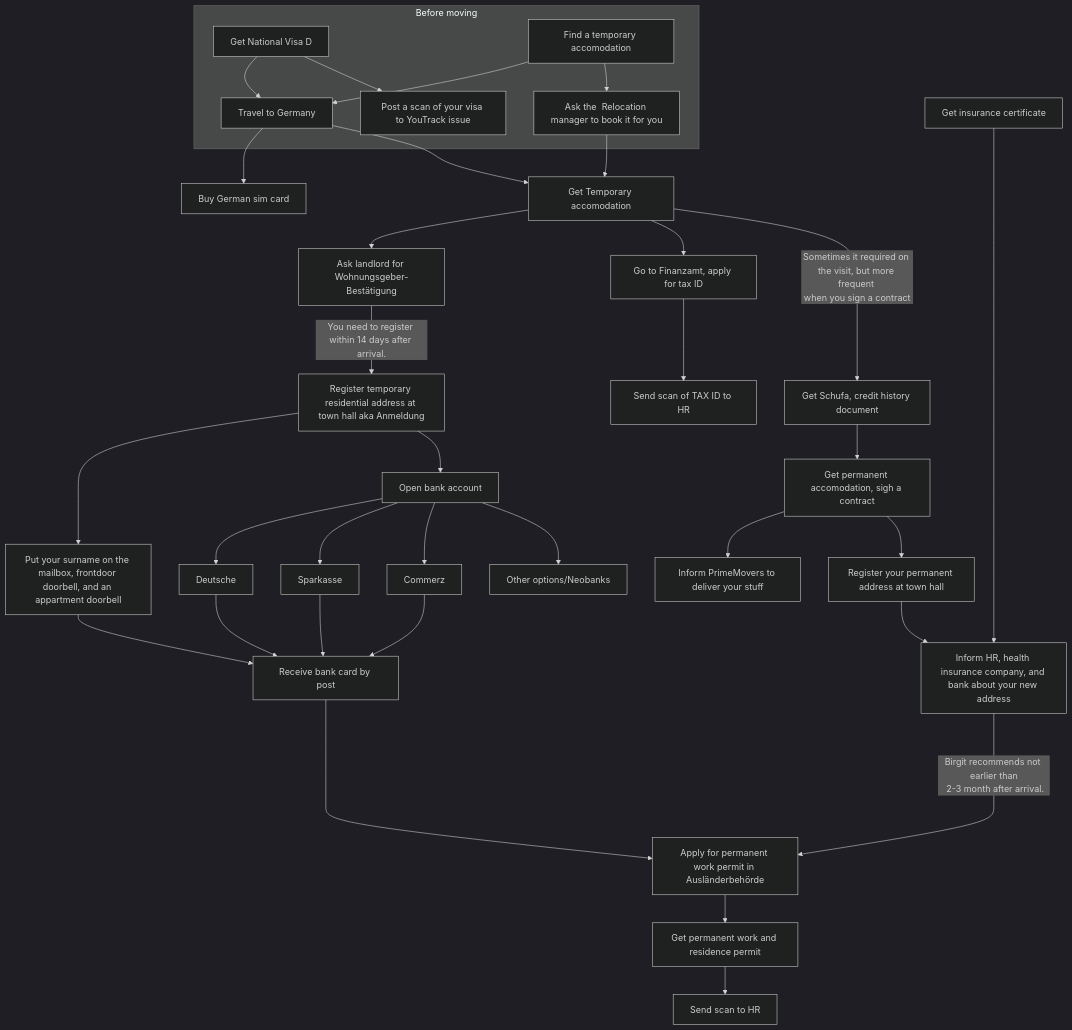
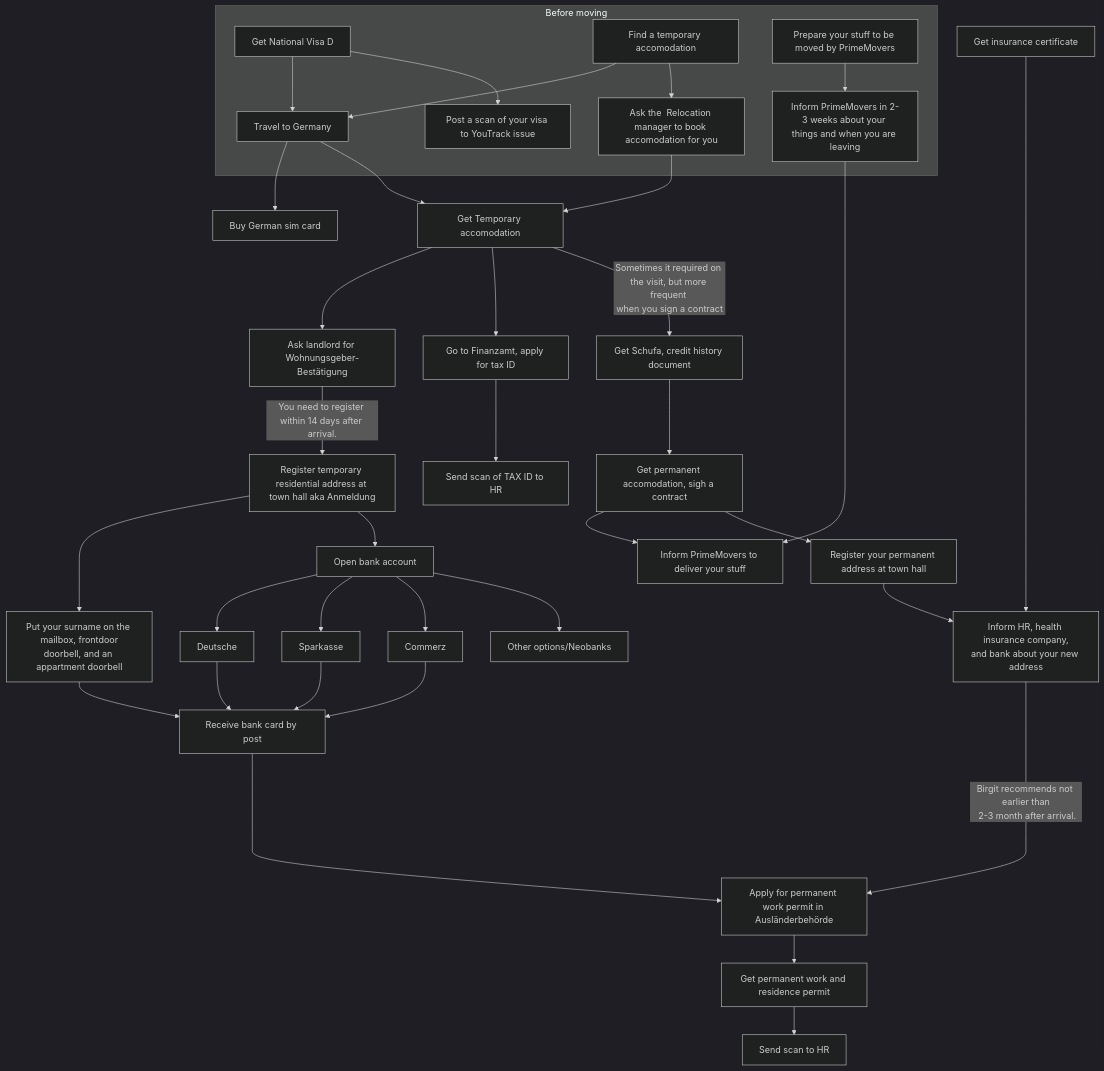
One commit to lananovikova10/howtoberlin changed the diagram in sequence-of-steps.md. Above: the diagram before and after it, drawn with Mermaid (dark theme).

Commit message:
Add info on PrimeMovers

````diff
--- a/sequence-of-steps.md
+++ b/sequence-of-steps.md
@@ -3,34 +3,37 @@
 ```mermaid
 graph TB
     subgraph Before moving
         A[Get National Visa D] --> U[Travel to Germany]
         TEMP[Find a temporary accomodation] --> U
-        TEMP --> BOOK[Ask the  Relocation manager to book it for you]
+        TEMP --> BOOK[Ask the  Relocation manager to book accomodation for you]
         A --> R[Post a scan of your visa to YouTrack issue]
+        ST[Prepare your stuff to be moved by PrimeMovers]
+        
+        ST --> CAL[Inform PrimeMovers in 2-3 weeks about your things and when you are leaving]
     end
     U --> P[Buy German sim card]
     U --> B[Get Temporary accomodation]
     BOOK --> B
     B --> O[Ask landlord for Wohnungsgeber-Bestätigung]
     Q[Get insurance certificate] -------> L
     O --> |You need to register within 14 days after arrival.| W[Register temporary residential address at town hall aka Anmeldung]
     B --> G[Go to Finanzamt, apply for tax ID]
-    W --> X[Put your surname on the mailbox, frontdoor doorbell, and an appartment doorbell]
+    W --> X[Put your surname on the mailbox, frontdoor<br/>doorbell, and an appartment doorbell]
     W --> C[Open bank account]
     C --> D[Deutsche]
     C --> E[Sparkasse]
     C --> F[Commerz]
     C --> V[Other options/Neobanks]
     D & E & F --> Y[Receive bank card by post]
     X --> Y
     G --> H[Send scan of TAX ID to HR]
     B --> |Sometimes it required on the visit, but more frequent <br/>when you sign a contract|Z[Get Schufa, credit history document]
     Z --> J[Get permanent accomodation, sigh a contract]
-    J --> I[Inform PrimeMovers to deliver your stuff]
+    J & CAL --> I[Inform PrimeMovers to deliver your stuff]
     J --> K[Register your permanent address at town hall]
-    K --> L[Inform HR, health insurance company, and bank about your new address]
+    K --> L[Inform HR, health insurance company,<br/>and bank about your new address]
     L ----> |Birgit recommends not earlier than<br/> 2-3 month after arrival.| M[Apply for permanent work permit in Ausländerbehörde]
     M --> T[Get permanent work and residence permit]
     T --> N[Send scan to HR]
     Y ----> M
 ```
````
